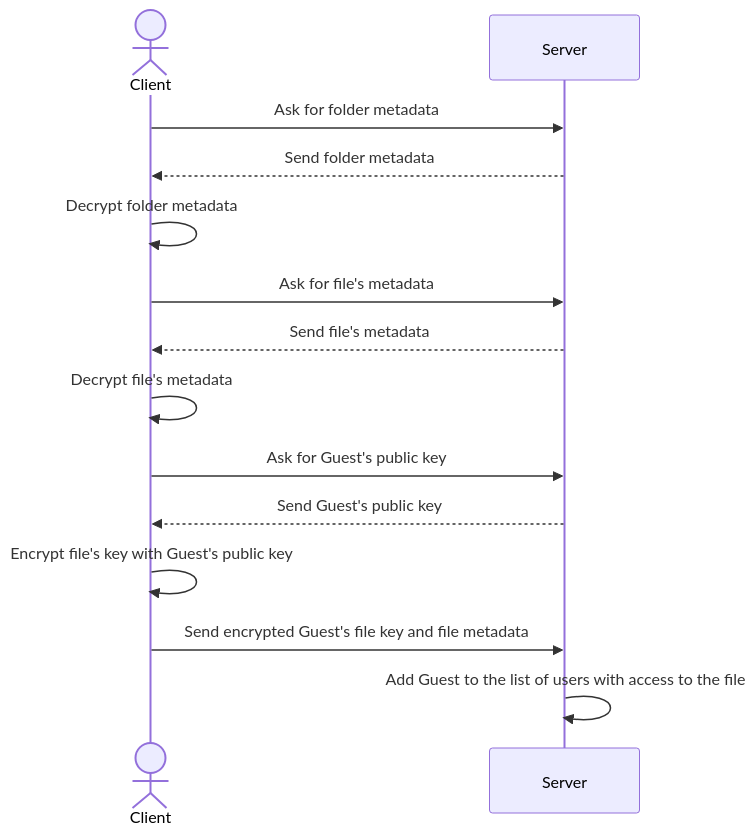
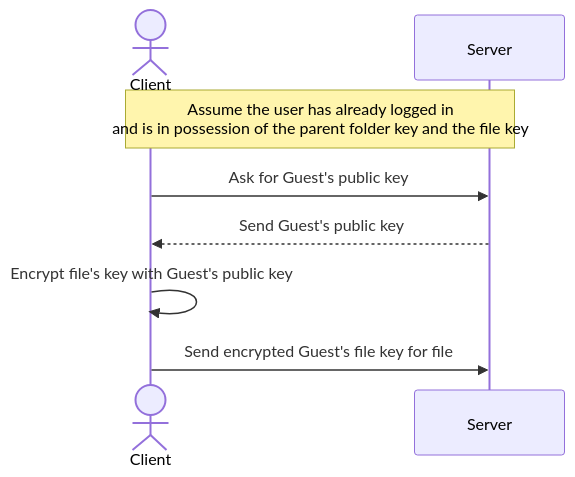
One commit to DACC4/effective-octo-system changed the diagram in doc/project_mermaid/share_file.mmd. Above: the diagram before and after it, drawn with Mermaid. The commit also changed 27 other files, not shown here.

```diff
--- a/doc/project_mermaid/share_file.mmd
+++ b/doc/project_mermaid/share_file.mmd
@@ -1,22 +1,12 @@
 sequenceDiagram
     actor C as Client
     participant S as Server
 
-    C->>S: Ask for folder metadata
-    S-->>C: Send folder metadata
-
-    C->>C: Decrypt folder metadata
-
-    C->>S: Ask for file's metadata
-    S-->>C: Send file's metadata
-
-    C->>C: Decrypt file's metadata
+    note over C,S: Assume the user has already logged in <br> and is in possession of the parent folder key and the file key
 
     C->>S: Ask for Guest's public key
     S-->>C: Send Guest's public key
 
     C->>C: Encrypt file's key with Guest's public key
 
-    C->>S: Send encrypted Guest's file key and file metadata
-
-    S->>S: Add Guest to the list of users with access to the file
+    C->>S: Send encrypted Guest's file key for file
```
